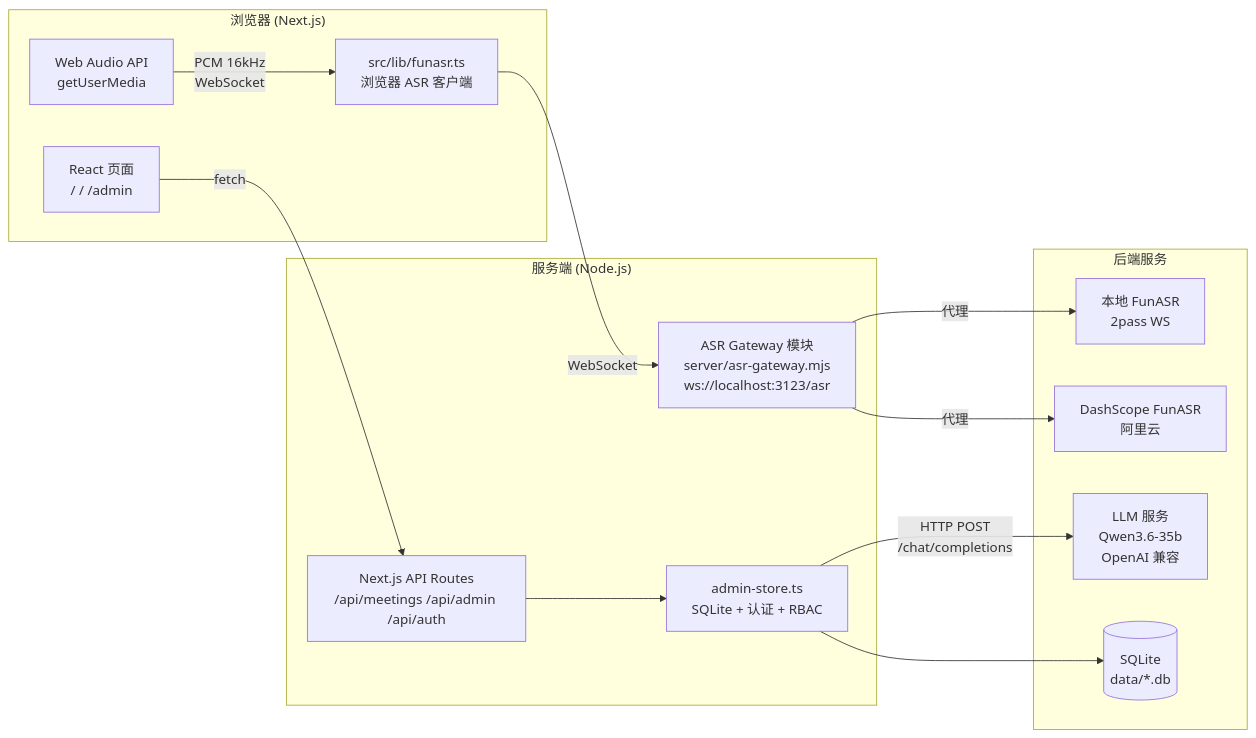
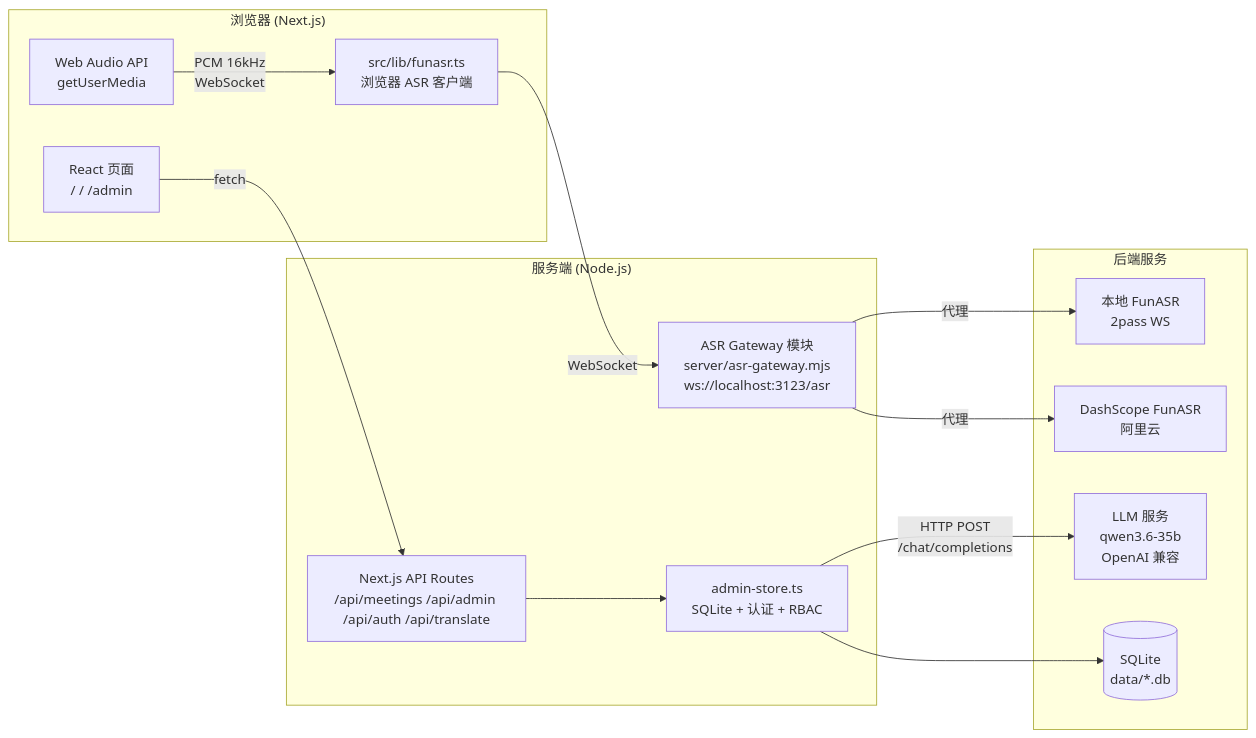
The diagram in README_CN.md (ErixWong/meeting_asr_app), drawn with Mermaid before and after one commit. The commit also changed other lines of this file and 3 other files, not shown here.

````diff
--- a/README_CN.md
+++ b/README_CN.md
@@ -21,30 +24,30 @@
 ```mermaid
 flowchart LR
     subgraph Browser["浏览器 (Next.js)"]
         WA["Web Audio API<br/>getUserMedia"]
         FC["src/lib/funasr.ts<br/>浏览器 ASR 客户端"]
         UI["React 页面<br/>/ / /admin"]
     end
 
     subgraph Server["服务端 (Node.js)"]
         GW["ASR Gateway 模块<br/>server/asr-gateway.mjs<br/>ws://localhost:3123/asr"]
-        API["Next.js API Routes<br/>/api/meetings /api/admin /api/auth"]
+        API["Next.js API Routes<br/>/api/meetings /api/admin /api/auth /api/translate"]
         STORE["admin-store.ts<br/>SQLite + 认证 + RBAC"]
     end
 
     subgraph Backend["后端服务"]
         LFS["本地 FunASR<br/>2pass WS"]
         DS["DashScope FunASR<br/>阿里云"]
-        LLM["LLM 服务<br/>Qwen3.6-35b<br/>OpenAI 兼容"]
+        LLM["LLM 服务<br/>qwen3.6-35b<br/>OpenAI 兼容"]
         DB[("SQLite<br/>data/*.db")]
     end
 
     WA -- "PCM 16kHz<br/>WebSocket" --> FC
     FC -- "WebSocket" --> GW
     GW -- "代理" --> LFS
     GW -- "代理" --> DS
     UI -- "fetch" --> API
     API --> STORE
     STORE --> DB
     STORE -- "HTTP POST<br/>/chat/completions" --> LLM
 ```
````
